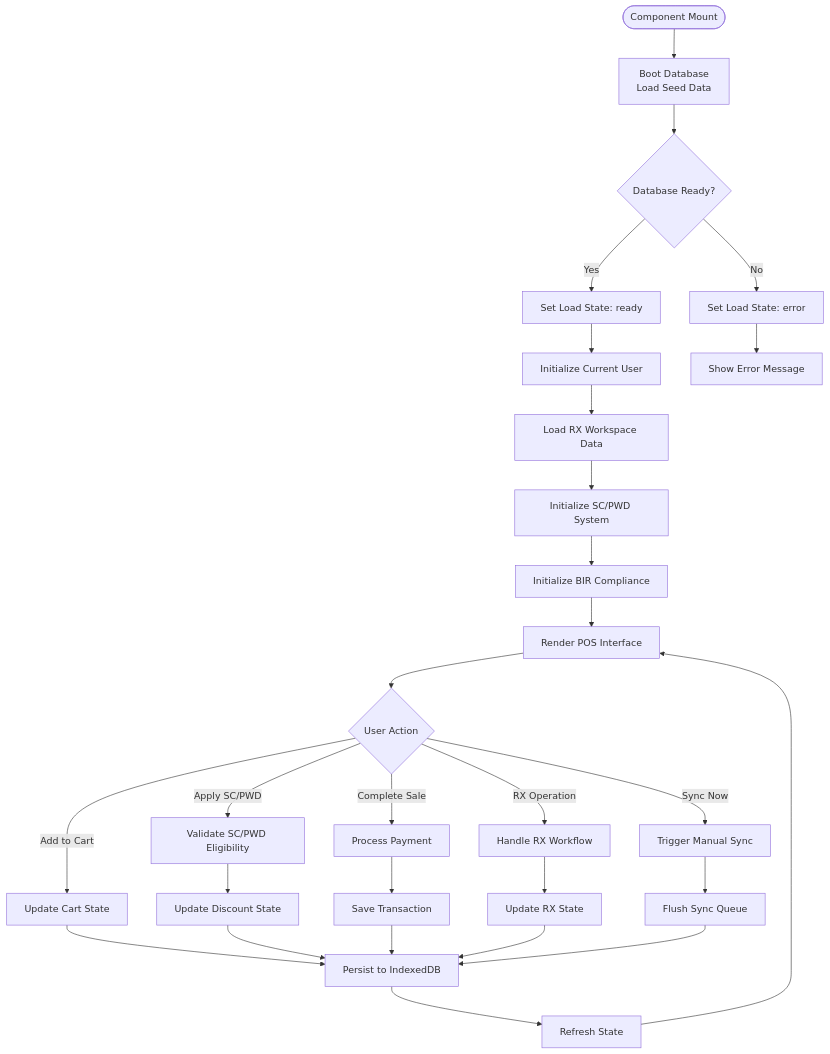
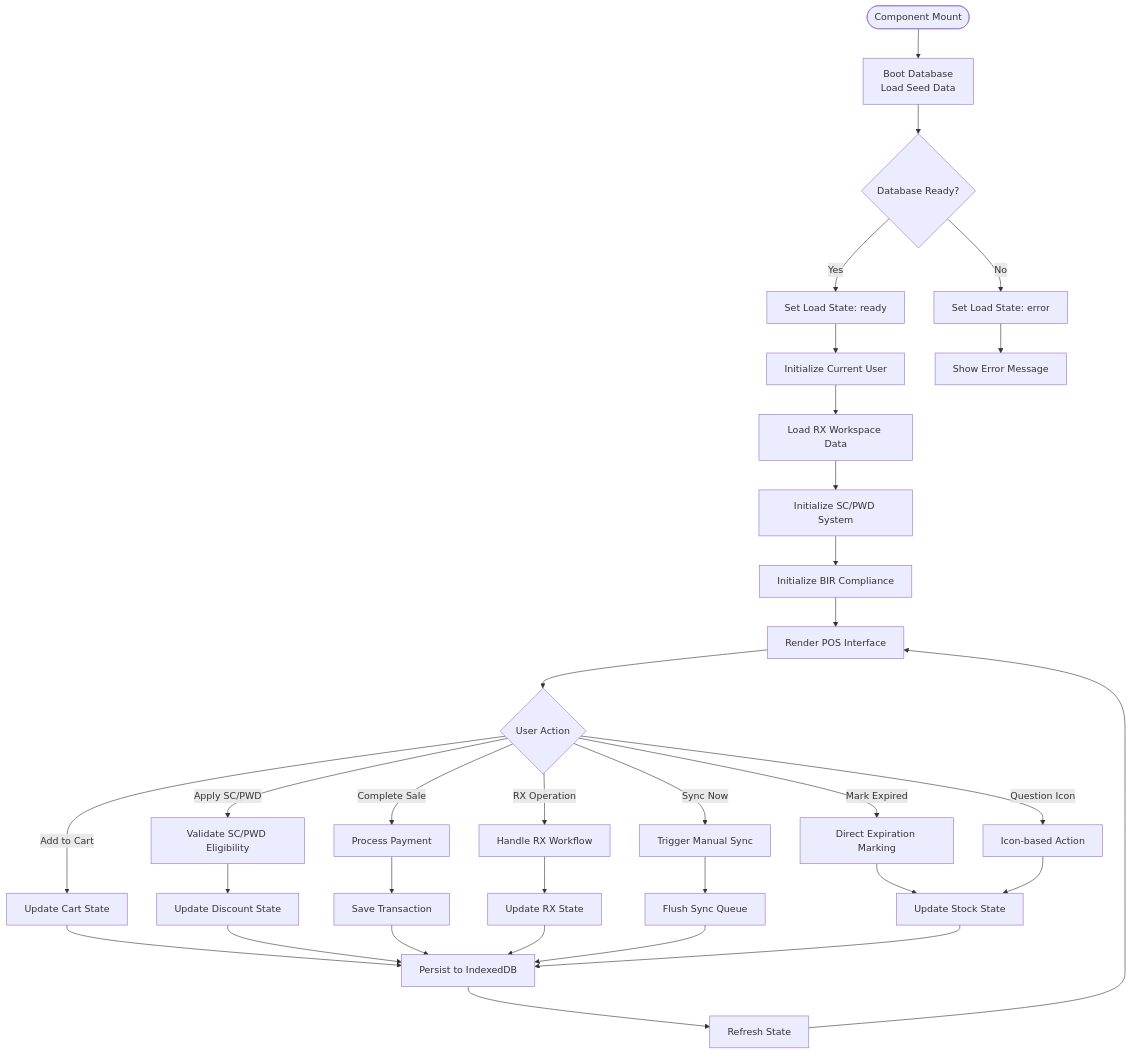
The fifth of 6 diagrams in .qoder/repowiki/en/content/Frontend Interface/Next.js Web POS Prototype/Next.js Web POS Prototype.md (yosefdc7/PharmaPOS), drawn with Mermaid before and after one commit. The commit also changed other lines of this file and 103 other files, not shown here.

````diff
--- a/.qoder/repowiki/en/content/Frontend Interface/Next.js Web POS Prototype/Next.js Web POS Prototype.md
+++ b/.qoder/repowiki/en/content/Frontend Interface/Next.js Web POS Prototype/Next.js Web POS Prototype.md
@@ -460,30 +516,35 @@
 ```mermaid
 flowchart TD
 Start([Component Mount]) --> Boot["Boot Database<br/>Load Seed Data"]
 Boot --> Ready{"Database Ready?"}
 Ready --> |Yes| SetReady["Set Load State: ready"]
 Ready --> |No| SetError["Set Load State: error"]
 SetReady --> InitUser["Initialize Current User"]
 InitUser --> LoadRxData["Load RX Workspace Data"]
 LoadRxData --> InitScPwd["Initialize SC/PWD System"]
 InitScPwd --> InitCompliance["Initialize BIR Compliance"]
 InitCompliance --> Render["Render POS Interface"]
 SetError --> ShowError["Show Error Message"]
 Render --> UserAction{"User Action"}
 UserAction --> |Add to Cart| UpdateCart["Update Cart State"]
 UserAction --> |Apply SC/PWD| ValidateScPwd["Validate SC/PWD Eligibility"]
 UserAction --> |Complete Sale| ProcessSale["Process Payment"]
 UserAction --> |RX Operation| HandleRx["Handle RX Workflow"]
 UserAction --> |Sync Now| TriggerSync["Trigger Manual Sync"]
+UserAction --> |Mark Expired| DirectExpire["Direct Expiration Marking"]
+UserAction --> |Question Icon| IconAction["Icon-based Action"]
 UpdateCart --> Persist["Persist to IndexedDB"]
 ValidateScPwd --> UpdateDiscount["Update Discount State"]
 ProcessSale --> SaveTransaction["Save Transaction"]
 HandleRx --> UpdateRxState["Update RX State"]
 TriggerSync --> FlushQueue["Flush Sync Queue"]
+DirectExpire --> UpdateStock["Update Stock State"]
+IconAction --> UpdateStock
 UpdateDiscount --> Persist
 SaveTransaction --> Persist
 UpdateRxState --> Persist
 FlushQueue --> Persist
+UpdateStock --> Persist
 Persist --> Refresh["Refresh State"]
 Refresh --> Render
 ```
````
